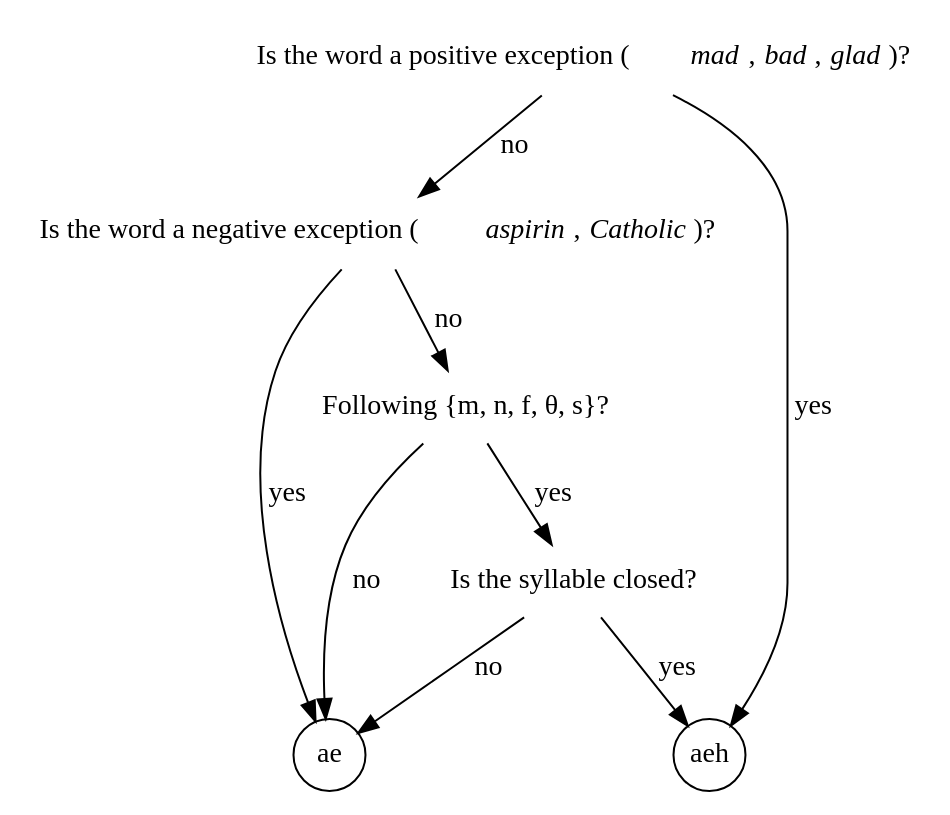
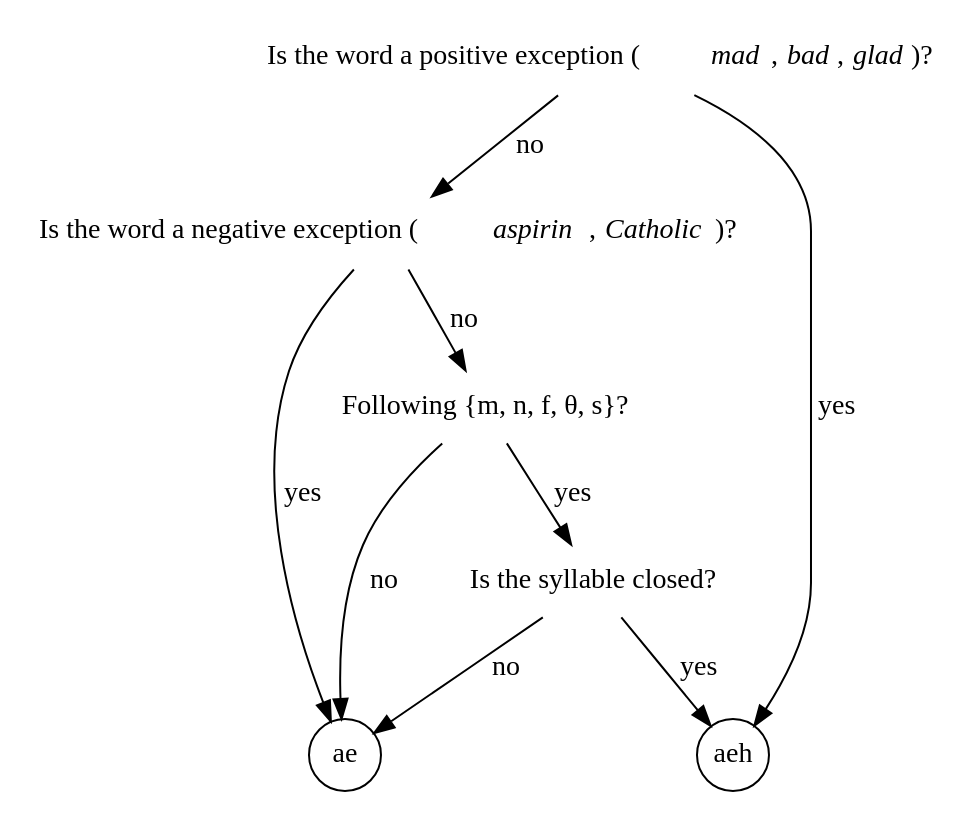
Before and after one commit to hilaryp/Phila-short-a: the diagram in coding.gv, drawn with Graphviz. The commit also changed 3 other files, not shown here.

Commit message:
added schematic diagram as figure

```diff
--- a/coding.gv
+++ b/coding.gv
@@ -1,33 +1,35 @@
 // to compile me, try:
-//      dot -Tpdf:cairo:cairo -o coding.pdf coding.gv
+//      dot -Ttiff:cairo:quartz -o coding.tiff coding.gv
+//
+// or similar for non-TIFF outputs
 
 digraph coding {
     //splines=polyline;
 
-    node [shape=plaintext fontname="Times New Roman"];
-    edge [fontname="TimesNewRomanPSMT"];
+    node [shape=plaintext fontname="serif"];
+    edge [fontname="serif"];
 
     // vertices
     "posexcept?"     [label=<Is the word a positive exception (<i>mad</i>, <i>bad</i>, <i>glad</i>)?>];
     "negexcept?"     [label=<Is the word a negative exception (<i>aspirin</i>, <i>Catholic</i>)?>];
     "tenser?"        [label="Following {m, n, f, θ, s}?"];
     "closed?"        [label="Is the syllable closed?"];
     
-    node [shape=circle fixedsize=true fontname="TimesNewRomanPSMT"];
+    node [shape=circle fixedsize=true];
     "ae" [label="ae"];
     "aeh" [label="aeh"];
 
     // edges
     "posexcept?"    -> "aeh"               [label=<  yes>];
     "posexcept?"    -> "negexcept?"        [label=<  no>];
 
     "negexcept?"    -> "ae"                [label=<  yes>];
     "negexcept?"    -> "tenser?"           [label=<  no>];
 
     "tenser?"       -> "closed?"           [label=<  yes>];
     "tenser?"       -> "ae"                [label=<  no>];
 
     "closed?"       -> "aeh"               [label=<  yes>];
     "closed?"       -> "ae"                [label=<  no>];
 
 }
```
